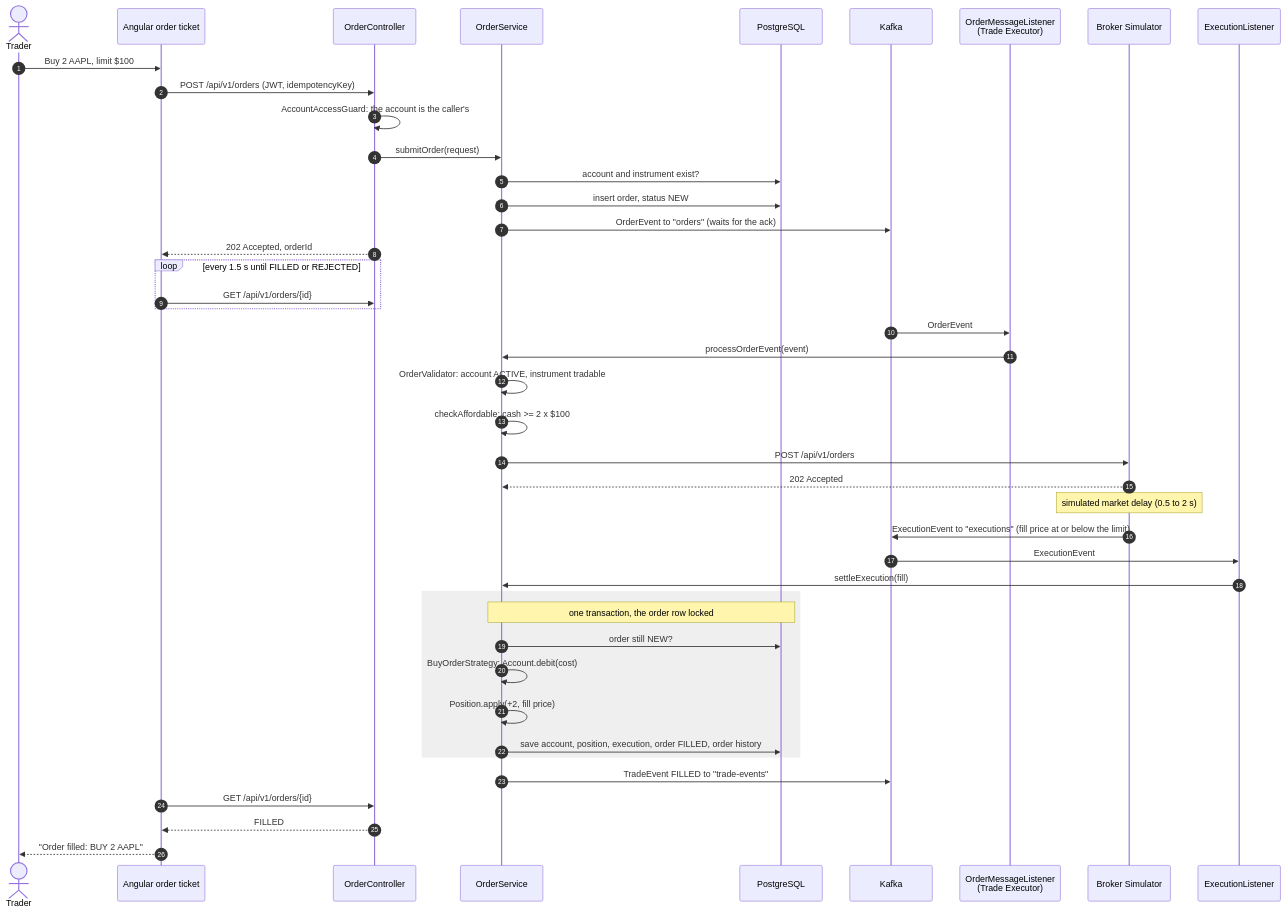
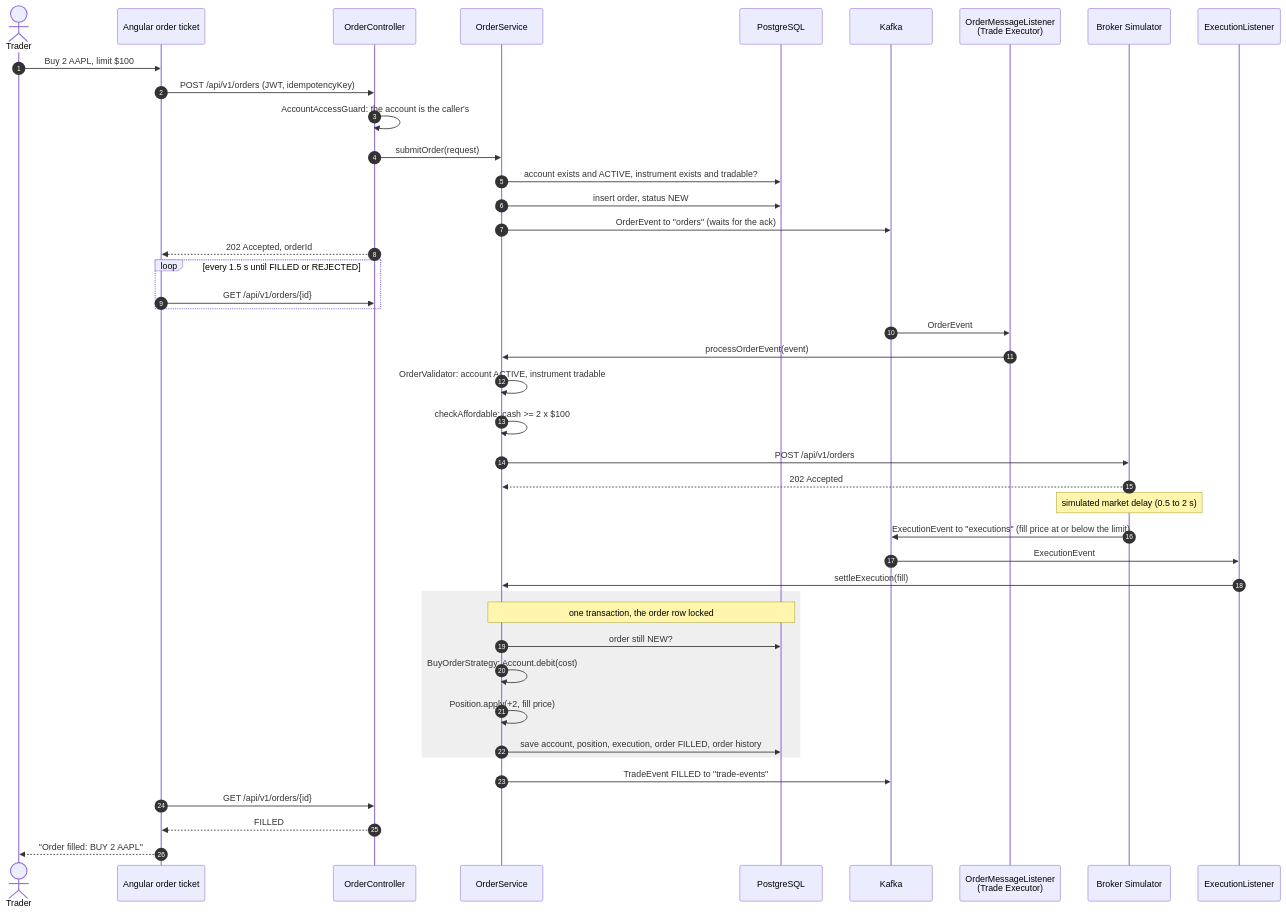
Before and after one commit to NathanCarr10/TNS-Capital: the first of 3 diagrams in docs/diagrams/ORDER-FLOW.md, drawn with Mermaid. The commit also changed other lines of this file and 6 other files, not shown here.

````diff
--- a/docs/diagrams/ORDER-FLOW.md
+++ b/docs/diagrams/ORDER-FLOW.md
@@ -10,48 +10,48 @@
 ```mermaid
 sequenceDiagram
     autonumber
     actor Trader
     participant UI as Angular order ticket
     participant API as OrderController
     participant OS as OrderService
     participant DB as PostgreSQL
     participant K as Kafka
     participant OL as OrderMessageListener<br/>(Trade Executor)
     participant B as Broker Simulator
     participant EL as ExecutionListener
 
     Trader->>UI: Buy 2 AAPL, limit $100
     UI->>API: POST /api/v1/orders (JWT, idempotencyKey)
     API->>API: AccountAccessGuard: the account is the caller's
     API->>OS: submitOrder(request)
-    OS->>DB: account and instrument exist?
+    OS->>DB: account exists and ACTIVE, instrument exists and tradable?
     OS->>DB: insert order, status NEW
     OS->>K: OrderEvent to "orders" (waits for the ack)
     API-->>UI: 202 Accepted, orderId
     loop every 1.5 s until FILLED or REJECTED
         UI->>API: GET /api/v1/orders/{id}
     end
 
     K->>OL: OrderEvent
     OL->>OS: processOrderEvent(event)
     OS->>OS: OrderValidator: account ACTIVE, instrument tradable
     OS->>OS: checkAffordable: cash >= 2 x $100
     OS->>B: POST /api/v1/orders
     B-->>OS: 202 Accepted
     Note over B: simulated market delay (0.5 to 2 s)
     B->>K: ExecutionEvent to "executions" (fill price at or below the limit)
 
     K->>EL: ExecutionEvent
     EL->>OS: settleExecution(fill)
     rect rgba(127, 127, 127, 0.12)
         Note over OS,DB: one transaction, the order row locked
         OS->>DB: order still NEW?
         OS->>OS: BuyOrderStrategy: Account.debit(cost)
         OS->>OS: Position.apply(+2, fill price)
         OS->>DB: save account, position, execution, order FILLED, order history
     end
     OS->>K: TradeEvent FILLED to "trade-events"
     UI->>API: GET /api/v1/orders/{id}
     API-->>UI: FILLED
     UI-->>Trader: "Order filled: BUY 2 AAPL"
 ```
````
